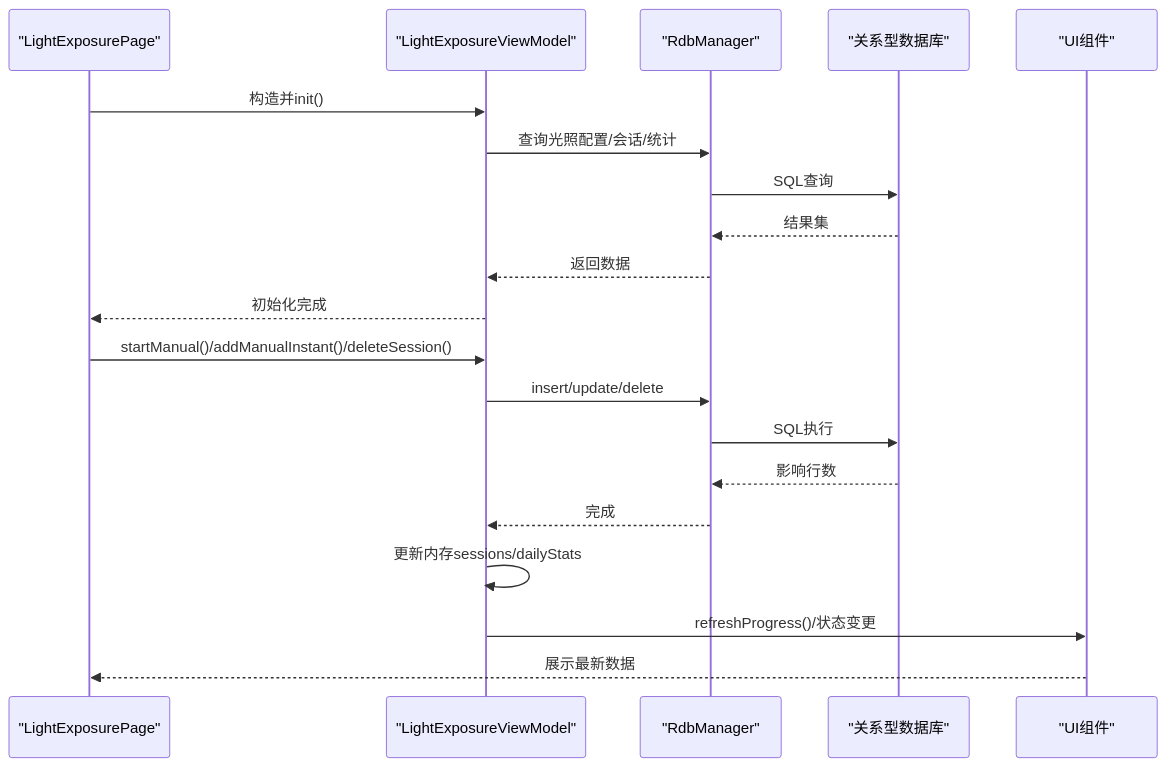
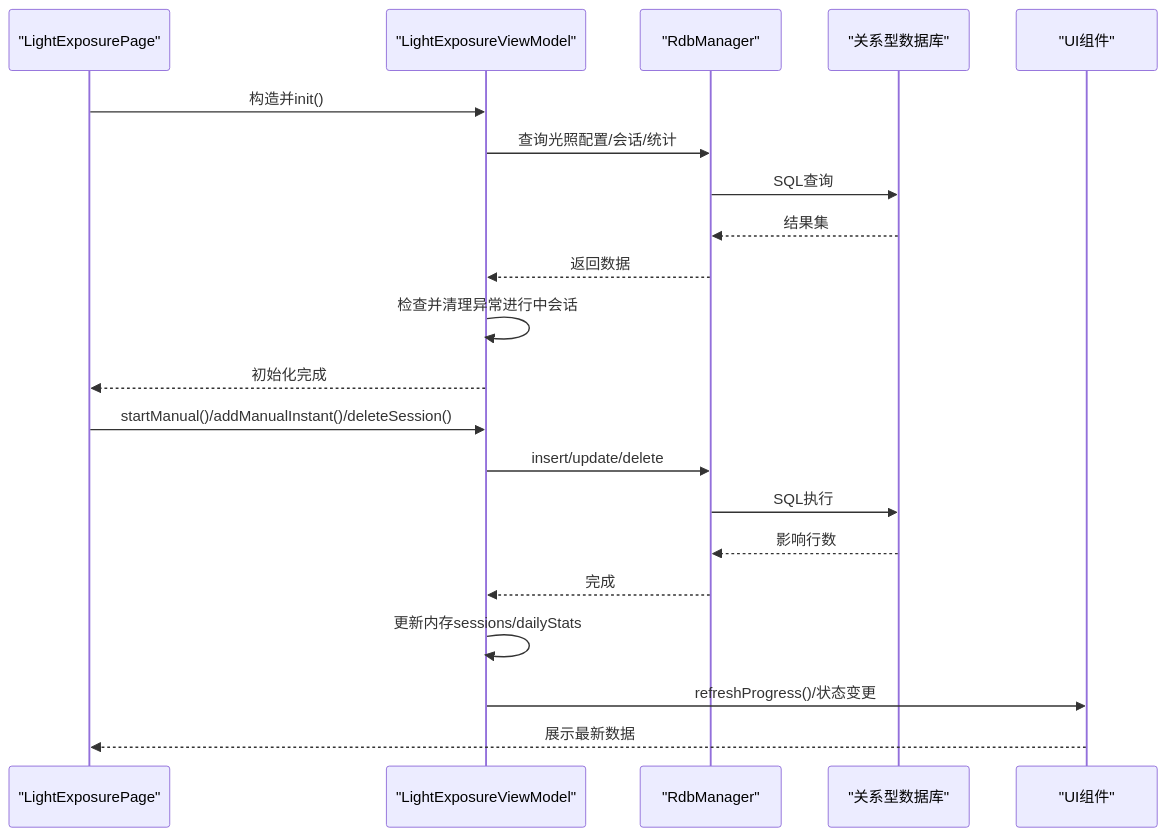
Before and after one commit to mmt1202/PlantModel: the second of 9 diagrams in .qoder/repowiki/zh/content/核心模块/业务逻辑层/光照监控ViewModel.md, drawn with Mermaid. The commit also changed other lines of this file and 14 other files, not shown here.

````diff
--- a/.qoder/repowiki/zh/content/核心模块/业务逻辑层/光照监控ViewModel.md
+++ b/.qoder/repowiki/zh/content/核心模块/业务逻辑层/光照监控ViewModel.md
@@ -92,22 +100,23 @@
 ```mermaid
 sequenceDiagram
 participant Page as "LightExposurePage"
 participant VM as "LightExposureViewModel"
 participant DB as "RdbManager"
 participant Store as "关系型数据库"
 participant UI as "UI组件"
 Page->>VM : 构造并init()
 VM->>DB : 查询光照配置/会话/统计
 DB->>Store : SQL查询
 Store-->>DB : 结果集
 DB-->>VM : 返回数据
+VM->>VM : 检查并清理异常进行中会话
 VM-->>Page : 初始化完成
 Page->>VM : startManual()/addManualInstant()/deleteSession()
 VM->>DB : insert/update/delete
 DB->>Store : SQL执行
 Store-->>DB : 影响行数
 DB-->>VM : 完成
 VM->>VM : 更新内存sessions/dailyStats
 VM->>UI : refreshProgress()/状态变更
 UI-->>Page : 展示最新数据
 ```
````
